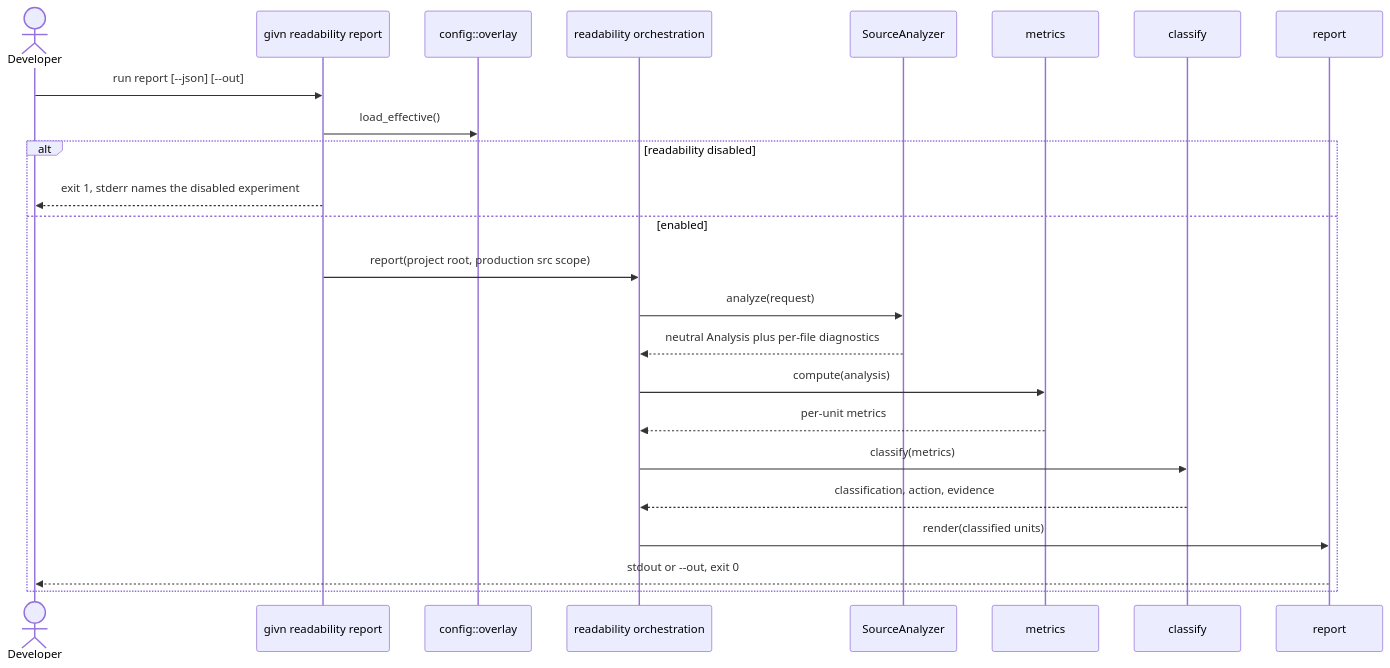
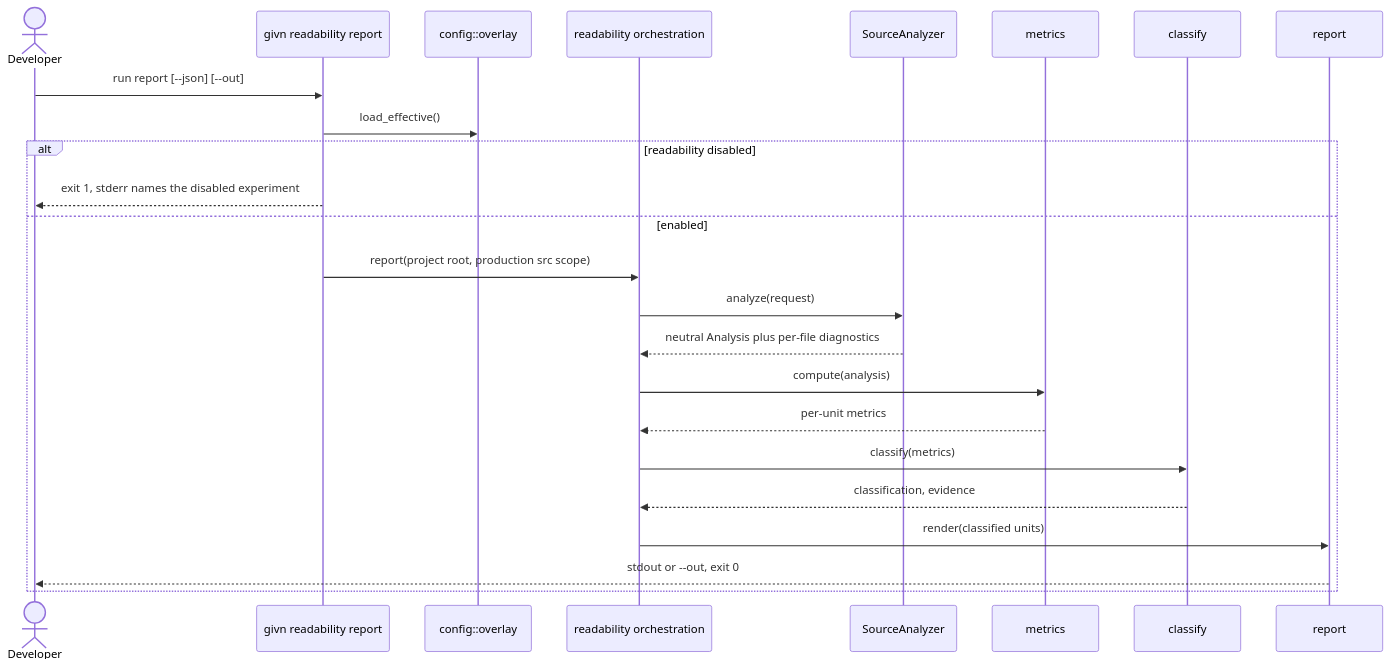
Before and after one commit to buster/givn: the fifth of 6 diagrams in docs/arc42/06-runtime-view.md, drawn with Mermaid. The commit also changed other lines of this file and 27 other files, not shown here.

````diff
--- a/docs/arc42/06-runtime-view.md
+++ b/docs/arc42/06-runtime-view.md
@@ -695,26 +699,26 @@
 ```mermaid
 sequenceDiagram
   actor Developer
   participant CLI as givn readability report
   participant CFG as config::overlay
   participant ORCH as readability orchestration
   participant AN as SourceAnalyzer
   participant MET as metrics
   participant CLS as classify
   participant RPT as report
   Developer->>CLI: run report [--json] [--out]
   CLI->>CFG: load_effective()
   alt readability disabled
     CLI-->>Developer: exit 1, stderr names the disabled experiment
   else enabled
     CLI->>ORCH: report(project root, production src scope)
     ORCH->>AN: analyze(request)
     AN-->>ORCH: neutral Analysis plus per-file diagnostics
     ORCH->>MET: compute(analysis)
     MET-->>ORCH: per-unit metrics
     ORCH->>CLS: classify(metrics)
-    CLS-->>ORCH: classification, action, evidence
+    CLS-->>ORCH: classification, evidence
     ORCH->>RPT: render(classified units)
     RPT-->>Developer: stdout or --out, exit 0
   end
 ```
````
